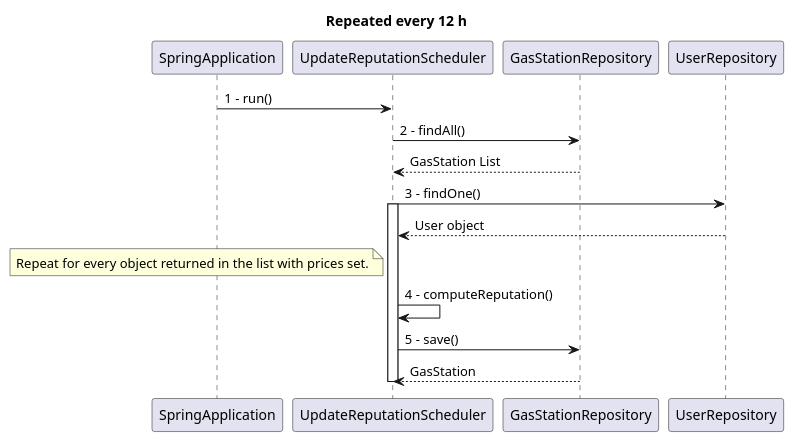
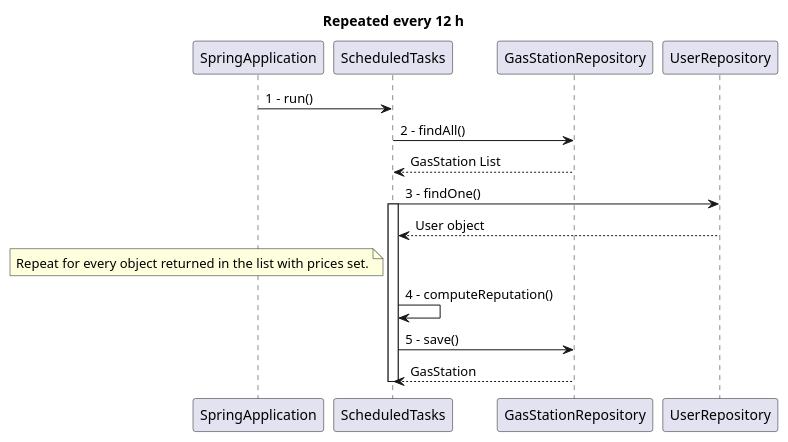
Diagram 13 of 15 in docs/DesignDocument.md (polito-se2-2020-team6/ezgas), drawn with PlantUML before and after one commit. The commit also changed other lines of this file, not shown here.

````diff
--- a/docs/DesignDocument.md
+++ b/docs/DesignDocument.md
@@ -567,18 +567,18 @@
 ``` plantuml
 @startuml
 title Repeated every 12 h
 
-SpringApplication -> UpdateReputationScheduler :1 - run()
-UpdateReputationScheduler -> GasStationRepository :2 - findAll()
-GasStationRepository --> UpdateReputationScheduler :GasStation List
-UpdateReputationScheduler -> UserRepository :3 - findOne()
-activate UpdateReputationScheduler
-UserRepository --> UpdateReputationScheduler :User object
-note left of UpdateReputationScheduler: Repeat for every object returned in the list with prices set.
-UpdateReputationScheduler -> UpdateReputationScheduler :4 - computeReputation()
-UpdateReputationScheduler -> GasStationRepository :5 - save()
-GasStationRepository --> UpdateReputationScheduler :GasStation
-deactivate UpdateReputationScheduler
+SpringApplication -> ScheduledTasks :1 - run()
+ScheduledTasks -> GasStationRepository :2 - findAll()
+GasStationRepository --> ScheduledTasks :GasStation List
+ScheduledTasks -> UserRepository :3 - findOne()
+activate ScheduledTasks
+UserRepository --> ScheduledTasks :User object
+note left of ScheduledTasks: Repeat for every object returned in the list with prices set.
+ScheduledTasks -> ScheduledTasks :4 - computeReputation()
+ScheduledTasks -> GasStationRepository :5 - save()
+GasStationRepository --> ScheduledTasks :GasStation
+deactivate ScheduledTasks
 
 @enduml
 ```
````
